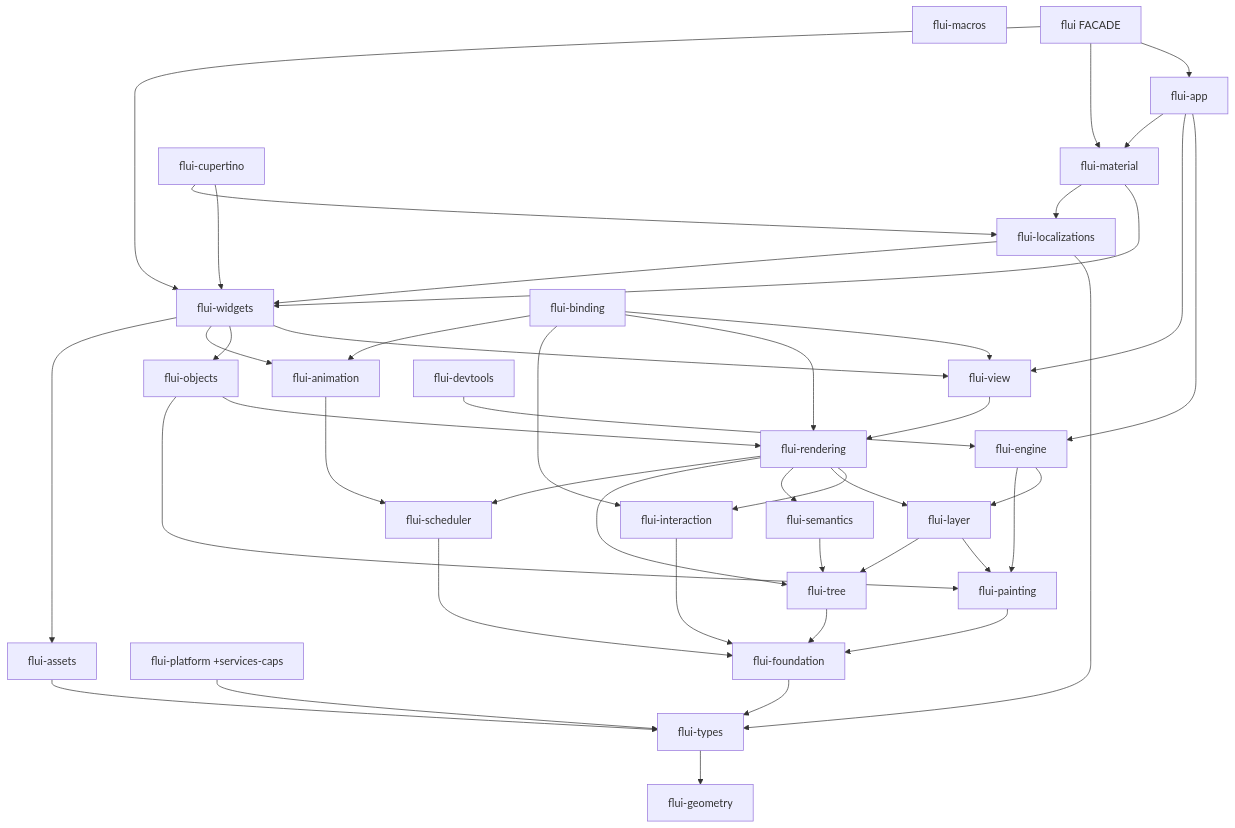
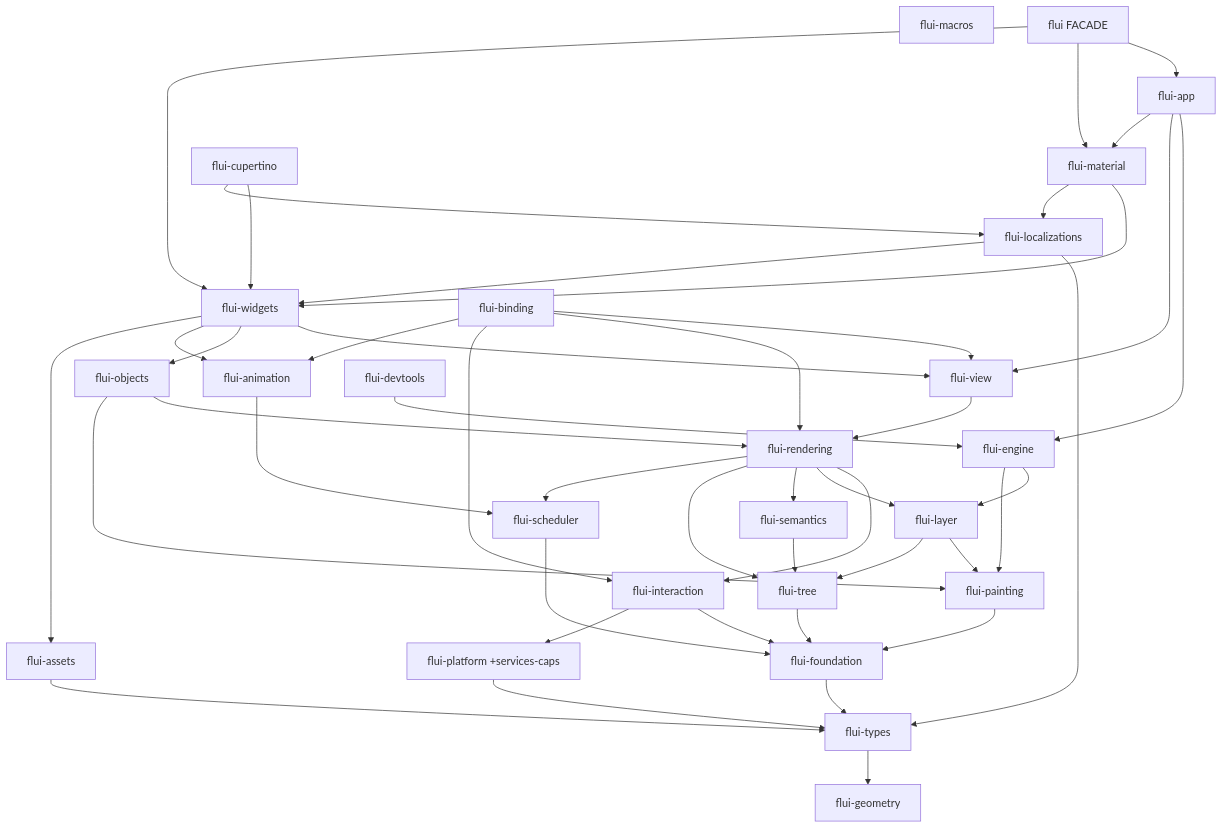
Before and after one commit to vanyastaff/flui: the diagram in docs/FOUNDATIONS.md, drawn with Mermaid. The commit also changed other lines of this file and 294 other files, not shown here.

````diff
--- a/docs/FOUNDATIONS.md
+++ b/docs/FOUNDATIONS.md
@@ -159,72 +159,73 @@
 ```mermaid
 graph TD
     geometry[flui-geometry]
     types[flui-types]
     foundation[flui-foundation]
     macros[flui-macros]
     tree[flui-tree]
     platform[flui-platform +services-caps]
     scheduler[flui-scheduler]
     painting[flui-painting]
     interaction[flui-interaction]
     assets[flui-assets]
     semantics[flui-semantics]
     layer[flui-layer]
     animation[flui-animation]
     engine[flui-engine]
     rendering[flui-rendering]
     objects[flui-objects]
     view[flui-view]
     devtools[flui-devtools]
     widgets[flui-widgets]
     binding[flui-binding]
     l10n[flui-localizations]
     material[flui-material]
     cupertino[flui-cupertino]
     app[flui-app]
     facade[flui FACADE]
 
     types --> geometry
     foundation --> types
     tree --> foundation
     platform --> types
     scheduler --> foundation
     painting --> foundation
     interaction --> foundation
+    interaction --> platform
     assets --> types
     semantics --> tree
     layer --> painting
     layer --> tree
     animation --> scheduler
     engine --> layer
     engine --> painting
     rendering --> interaction
     rendering --> layer
     rendering --> semantics
     rendering --> tree
     rendering --> scheduler
     objects --> rendering
     objects --> painting
     view --> rendering
     devtools --> engine
     widgets --> view
     widgets --> objects
     widgets --> animation
     widgets --> assets
     binding --> view
     binding --> rendering
     binding --> interaction
     binding --> animation
     l10n --> types
     l10n --> widgets
     material --> widgets
     material --> l10n
     cupertino --> widgets
     cupertino --> l10n
     app --> engine
     app --> view
     app --> material
     facade --> app
     facade --> material
     facade --> widgets
 ```
````
